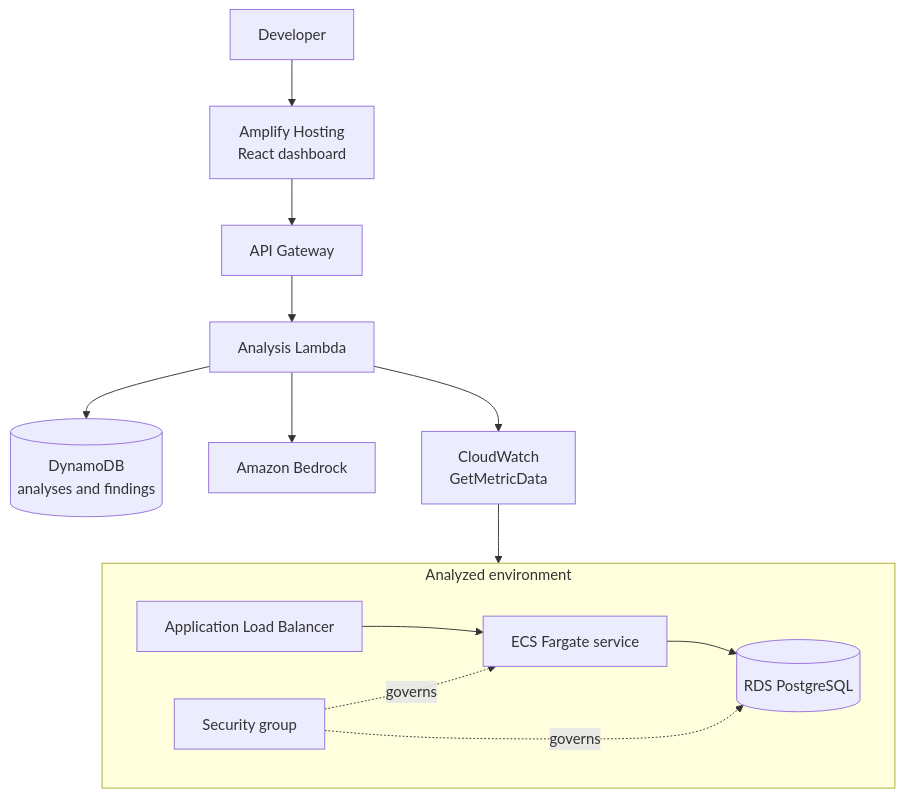
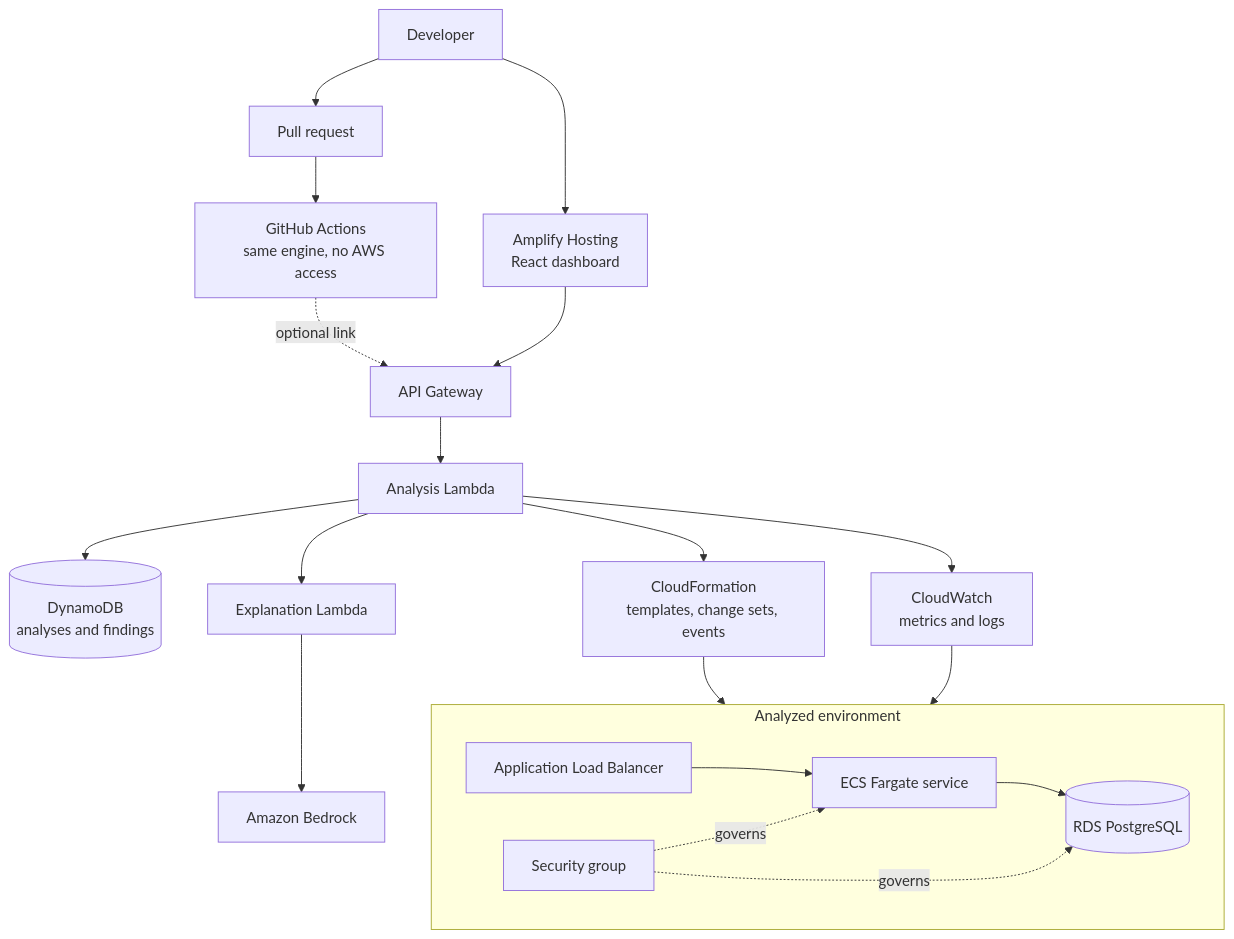
Before and after one commit to gowtham472/adi: the third of 4 diagrams in README.md, drawn with Mermaid. The commit also changed other lines of this file and 2 other files, not shown here.

First line of the commit message:
docs: bring README and demo script up to date with the new features

````diff
--- a/README.md
+++ b/README.md
@@ -117,17 +117,23 @@
 ```mermaid
 flowchart TD
     U[Developer] --> W[Amplify Hosting<br/>React dashboard]
+    U --> PR[Pull request]
+    PR --> GA[GitHub Actions<br/>same engine, no AWS access]
+    GA -.optional link.-> AG
     W --> AG[API Gateway]
     AG --> L[Analysis Lambda]
     L --> DD[(DynamoDB<br/>analyses and findings)]
-    L --> BR[Amazon Bedrock]
-    L --> CWA[CloudWatch<br/>GetMetricData]
+    L --> EXL[Explanation Lambda]
+    EXL --> BR[Amazon Bedrock]
+    L --> CFN[CloudFormation<br/>templates, change sets, events]
+    L --> CWA[CloudWatch<br/>metrics and logs]
+    CFN --> DEMO
     CWA --> DEMO
 
     subgraph DEMO [Analyzed environment]
         ALB[Application Load Balancer] --> ECS[ECS Fargate service]
         ECS --> RDS[(RDS PostgreSQL)]
         SG[Security group] -.governs.-> ECS
         SG -.governs.-> RDS
     end
 ```
````
